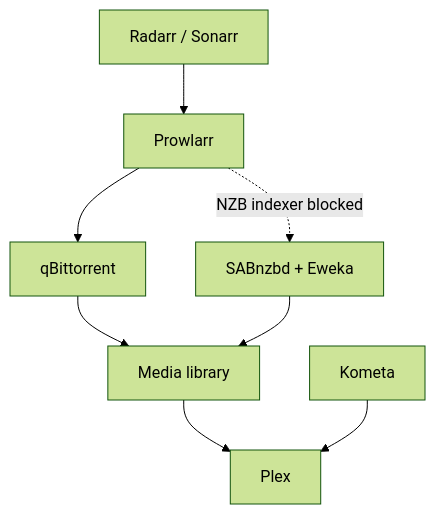
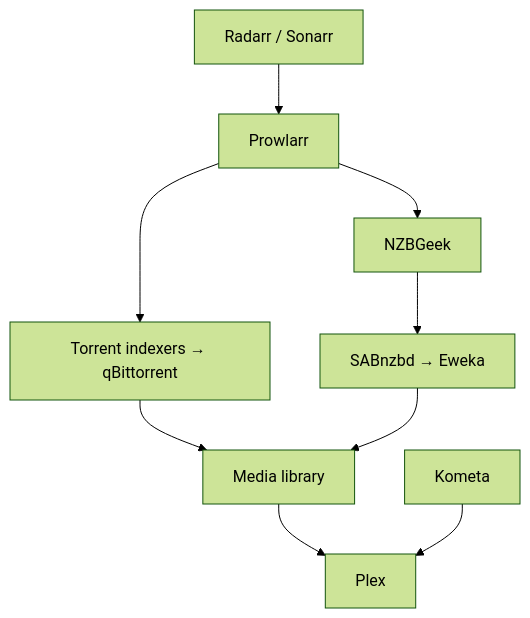
The diagram in README.md (Az1mutt/homelab-infrastructure), drawn with Mermaid (forest theme) before and after one commit. The commit also changed other lines of this file, not shown here.

````diff
--- a/README.md
+++ b/README.md
@@ -25,10 +26,11 @@
 ```mermaid
 flowchart TD
-    Request["Radarr / Sonarr"] --> Indexers["Prowlarr"]
-    Indexers --> Torrent["qBittorrent"]
-    Indexers -. "NZB indexer blocked" .-> Usenet["SABnzbd + Eweka"]
+    Request["Radarr / Sonarr"] --> Prowlarr
+    Prowlarr --> Torrent["Torrent indexers → qBittorrent"]
+    Prowlarr --> NZB["NZBGeek"]
+    NZB --> Usenet["SABnzbd → Eweka"]
     Torrent --> Library["Media library"]
     Usenet --> Library
     Library --> Plex["Plex"]
     Kometa["Kometa"] --> Plex
 ```
````
